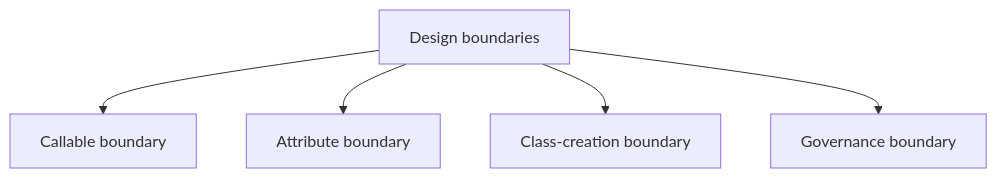
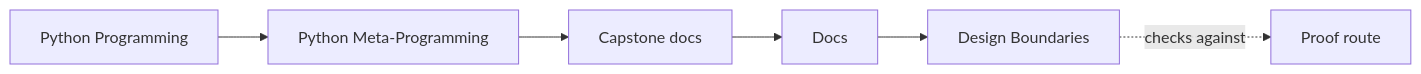
One commit to bijux/bijux-masterclass changed the first of 2 diagrams in programs/python-programming/python-meta-programming/capstone/docs/design-boundaries.md. Above: the diagram before and after it, drawn with Mermaid. The commit also changed other lines of this file and 91 other files, not shown here.

Commit message:
docs(python-meta-programming): map advanced runtime and capstone surfaces

````diff
--- a/programs/python-programming/python-meta-programming/capstone/docs/design-boundaries.md
+++ b/programs/python-programming/python-meta-programming/capstone/docs/design-boundaries.md
@@ -6,7 +6,12 @@
 ```mermaid
-graph TD
-  boundary["Design boundaries"] --> wrapper["Callable boundary"]
-  boundary --> attribute["Attribute boundary"]
-  boundary --> class_creation["Class-creation boundary"]
-  boundary --> governance["Governance boundary"]
+graph LR
+  family["Python Programming"]
+  program["Python Meta-Programming"]
+  guide["Capstone docs"]
+  section["Docs"]
+  page["Design Boundaries"]
+  proof["Proof route"]
+
+  family --> program --> guide --> section --> page
+  page -.checks against.-> proof
 ```
````
